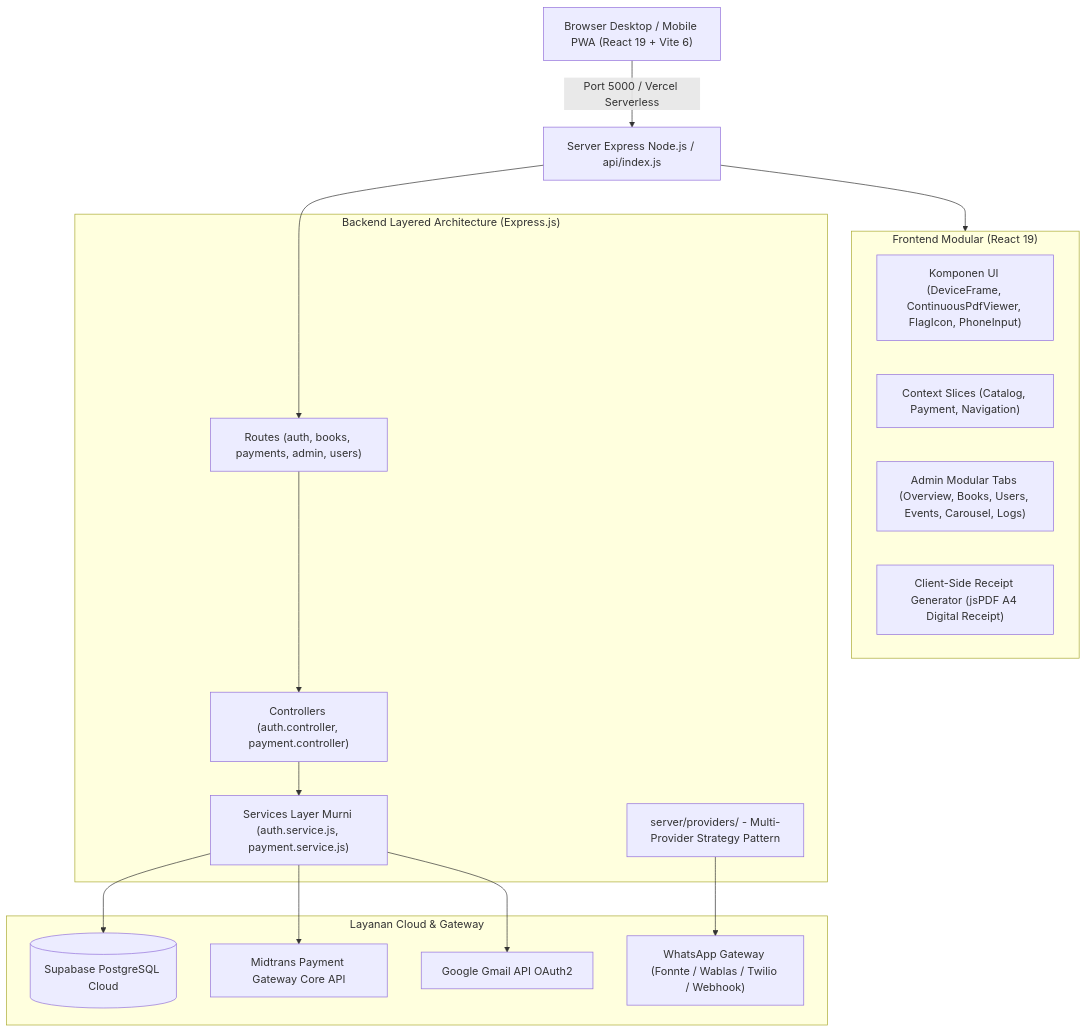
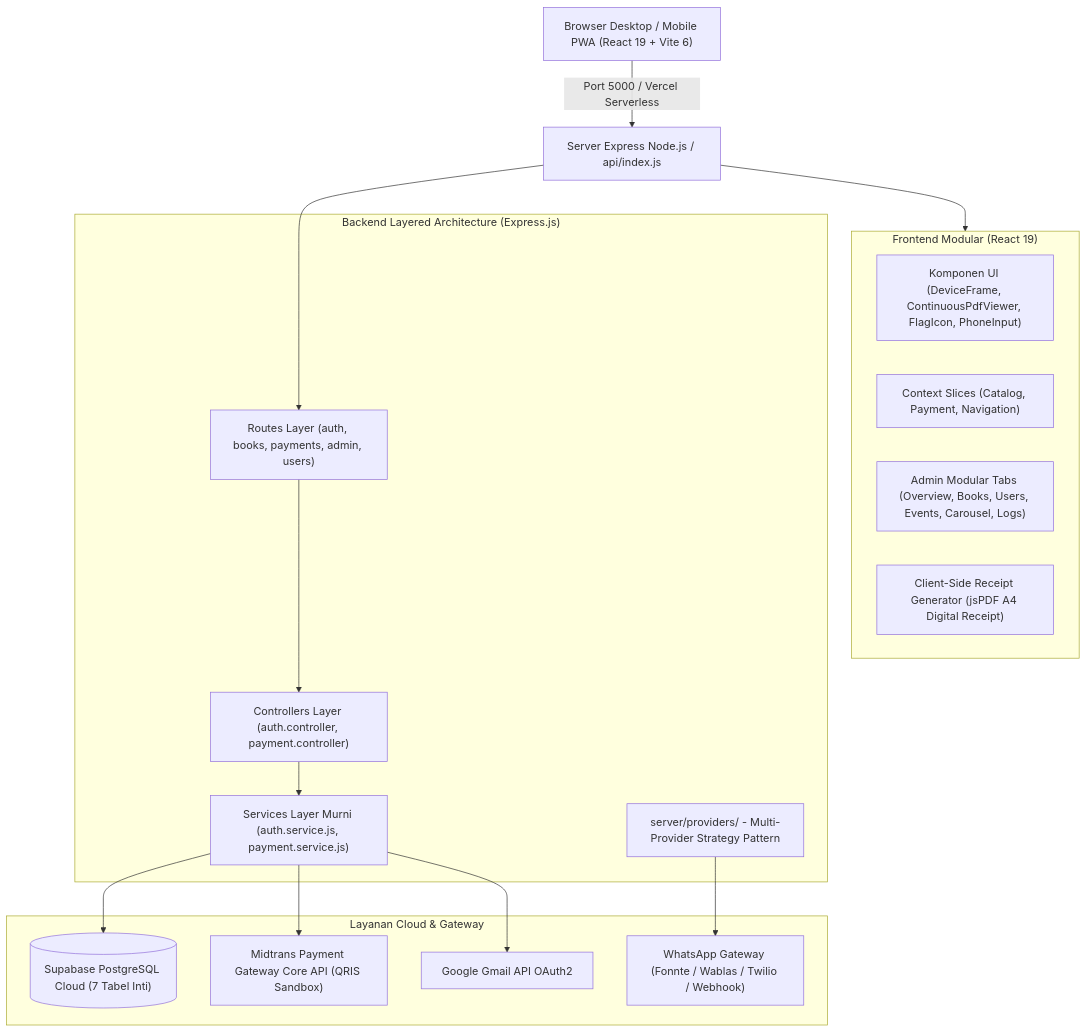
One commit to daffa-789/Wahidiyah-Book-Midtrans changed the diagram in Master_Memory_Workflow.md. Above: the diagram before and after it, drawn with Mermaid. The commit also changed other lines of this file, not shown here.

````diff
--- a/Master_Memory_Workflow.md
+++ b/Master_Memory_Workflow.md
@@ -122,34 +123,34 @@
 ```mermaid
 graph TD
     Client["Browser Desktop / Mobile PWA (React 19 + Vite 6)"] -->|Port 5000 / Vercel Serverless| Express["Server Express Node.js / api/index.js"]
     
     subgraph Frontend ["Frontend Modular (React 19)"]
         UI["Komponen UI (DeviceFrame, ContinuousPdfViewer, FlagIcon, PhoneInput)"]
         State["Context Slices (Catalog, Payment, Navigation)"]
         AdminTabs["Admin Modular Tabs (Overview, Books, Users, Events, Carousel, Logs)"]
         Receipt["Client-Side Receipt Generator (jsPDF A4 Digital Receipt)"]
     end
 
     subgraph Backend ["Backend Layered Architecture (Express.js)"]
-        Routes["Routes (auth, books, payments, admin, users)"]
-        Controllers["Controllers (auth.controller, payment.controller)"]
+        Routes["Routes Layer (auth, books, payments, admin, users)"]
+        Controllers["Controllers Layer (auth.controller, payment.controller)"]
         Services["Services Layer Murni (auth.service.js, payment.service.js)"]
         WAProviders["server/providers/ - Multi-Provider Strategy Pattern"]
     end
 
     subgraph External ["Layanan Cloud & Gateway"]
-        Supa[("Supabase PostgreSQL Cloud")]
-        Midtrans["Midtrans Payment Gateway Core API"]
+        Supa[("Supabase PostgreSQL Cloud (7 Tabel Inti)")]
+        Midtrans["Midtrans Payment Gateway Core API (QRIS Sandbox)"]
         Gmail["Google Gmail API OAuth2"]
         WAGateway["WhatsApp Gateway (Fonnte / Wablas / Twilio / Webhook)"]
     end
 
     Express --> Frontend
     Express --> Routes
     Routes --> Controllers
     Controllers --> Services
     Services --> Supa
     Services --> Midtrans
     Services --> Gmail
     WAProviders --> WAGateway
 ```
````
